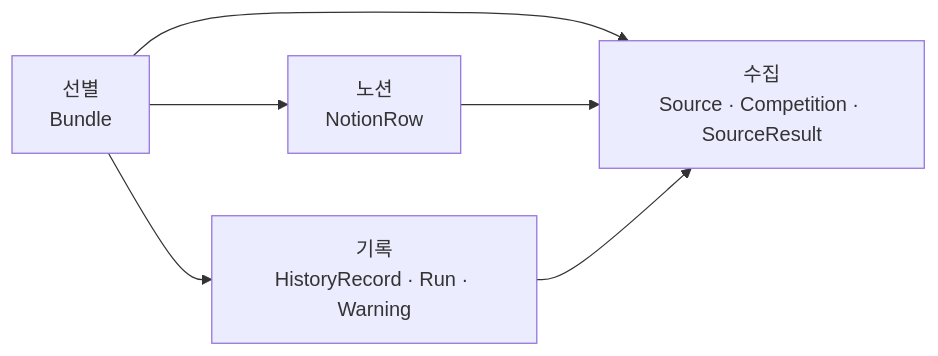
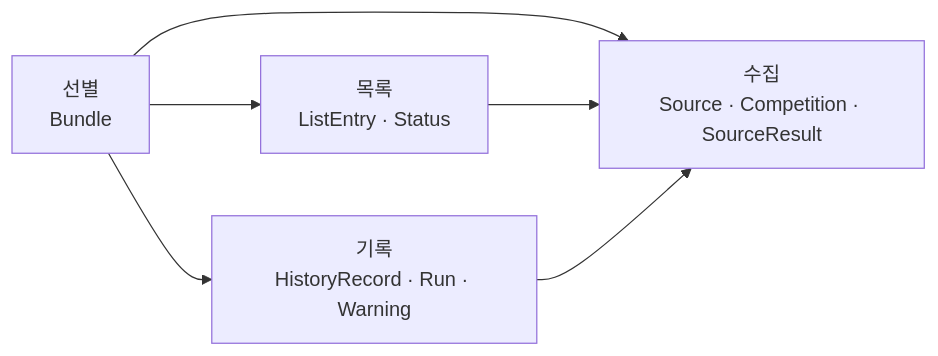
Before and after one commit to HoyoungParkme/competition-crawler: the second of 2 diagrams in docs/specs/06-DOM/CCR-DOM-001.md, drawn with Mermaid. The commit also changed other lines of this file, not shown here.

Commit message:
spec(CCR-DOM-001): 노션 개념을 목록 항목·상태로 바꿈(PRD v11·UC v8·INFRA v5 반영). NotionRow 삭제, ListEntry·Status 신설, 경계 넷을 수집·선별·목록·기록으로, 처리 결과·경고에서 행 생성 항목 제거, 4.2 페이지를 경계 밖 셋째로, 5장 판단 둘 추가

````diff
--- a/docs/specs/06-DOM/CCR-DOM-001.md
+++ b/docs/specs/06-DOM/CCR-DOM-001.md
@@ -530,8 +562,8 @@
 ```mermaid
 flowchart LR
     select[선별<br/>Bundle] --> collect[수집<br/>Source · Competition · SourceResult]
-    select --> notion[노션<br/>NotionRow]
+    select --> list[목록<br/>ListEntry · Status]
     select --> record[기록<br/>HistoryRecord · Run · Warning]
-    notion --> collect
+    list --> collect
     record --> collect
 ```
````
